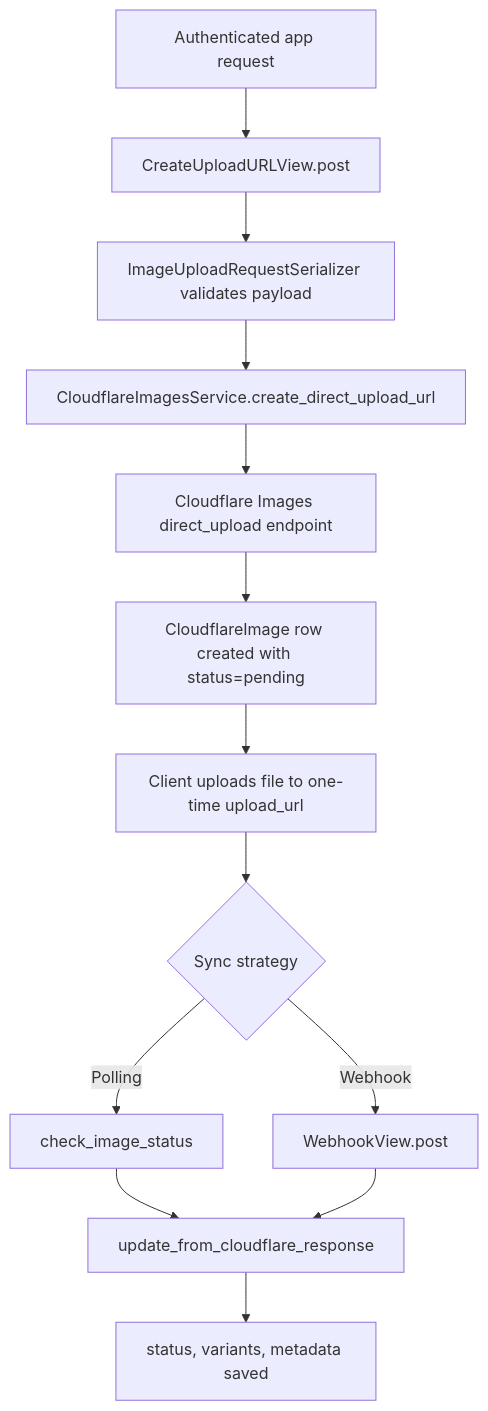
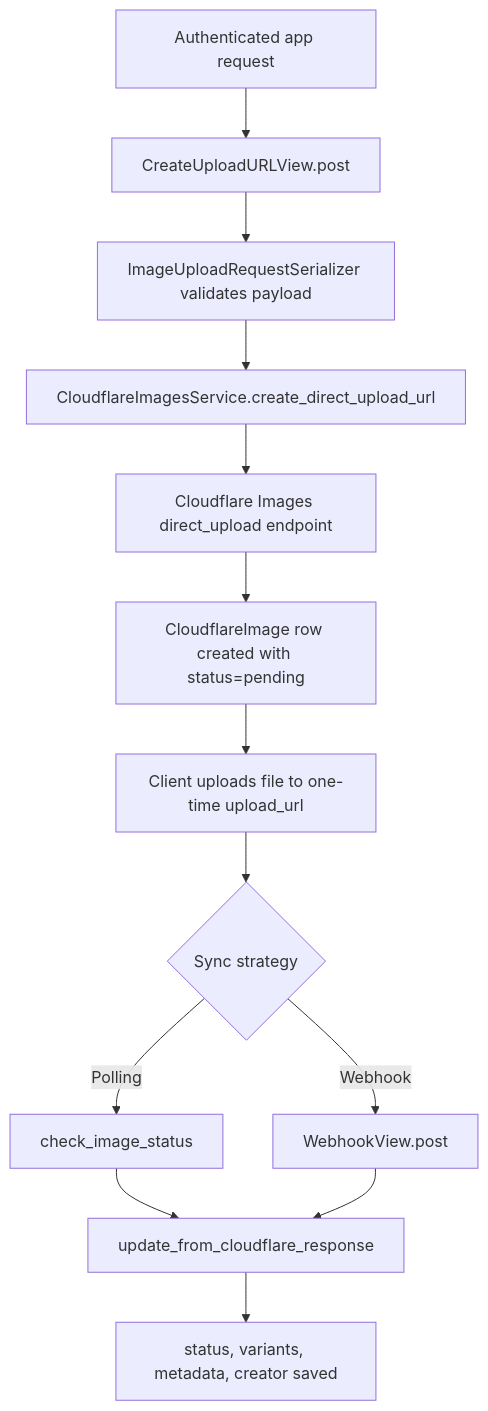
One commit to Pacficient-Labs/django-cloudflareimages-toolkit changed the first of 2 diagrams in docs/codedocs/direct-upload-lifecycle.md. Above: the diagram before and after it, drawn with Mermaid. The commit also changed other lines of this file and 32 other files, not shown here.

First line of the commit message:
Configurable upload defaults, creator field, metadata factory, and safe register-by-ID (#15)

````diff
--- a/docs/codedocs/direct-upload-lifecycle.md
+++ b/docs/codedocs/direct-upload-lifecycle.md
@@ -10,15 +10,15 @@
 ```mermaid
 flowchart TD
   A[Authenticated app request] --> B[CreateUploadURLView.post]
   B --> C[ImageUploadRequestSerializer validates payload]
   C --> D[CloudflareImagesService.create_direct_upload_url]
   D --> E[Cloudflare Images direct_upload endpoint]
   E --> F[CloudflareImage row created with status=pending]
   F --> G[Client uploads file to one-time upload_url]
   G --> H{Sync strategy}
   H -->|Polling| I[check_image_status]
   H -->|Webhook| J[WebhookView.post]
   I --> K[update_from_cloudflare_response]
   J --> K
-  K --> L[status, variants, metadata saved]
+  K --> L[status, variants, metadata, creator saved]
 ```
````
